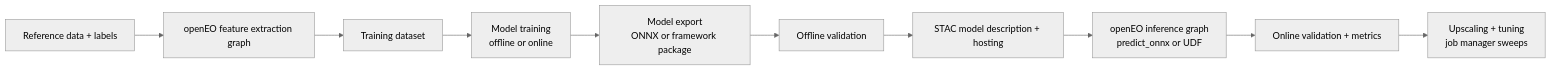
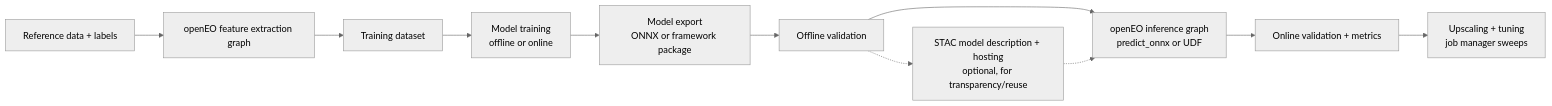
One commit to Open-EO/openeo-docs changed the diagram in documentation/ai_playbook.qmd. Above: the diagram before and after it, drawn with Mermaid (neutral theme). The commit also changed other lines of this file, not shown here.

````diff
--- a/documentation/ai_playbook.qmd
+++ b/documentation/ai_playbook.qmd
@@ -30,12 +28,13 @@
 ```mermaid
 flowchart LR
   A[Reference data + labels] --> B[openEO feature extraction graph]
   B --> C[Training dataset]
   C --> D[Model training<br/>offline or online]
   D --> E[Model export<br/>ONNX or framework package]
   E --> F[Offline validation]
-  F --> G[STAC model description + hosting]
-  G --> H[openEO inference graph<br/>predict_onnx or UDF]
+  F -.-> G[STAC model description + hosting<br/>optional, for transparency/reuse]
+  F --> H[openEO inference graph<br/>predict_onnx or UDF]
+  G -.-> H
   H --> I[Online validation + metrics]
   I --> J[Upscaling + tuning<br/>job manager sweeps]
 ```
````
